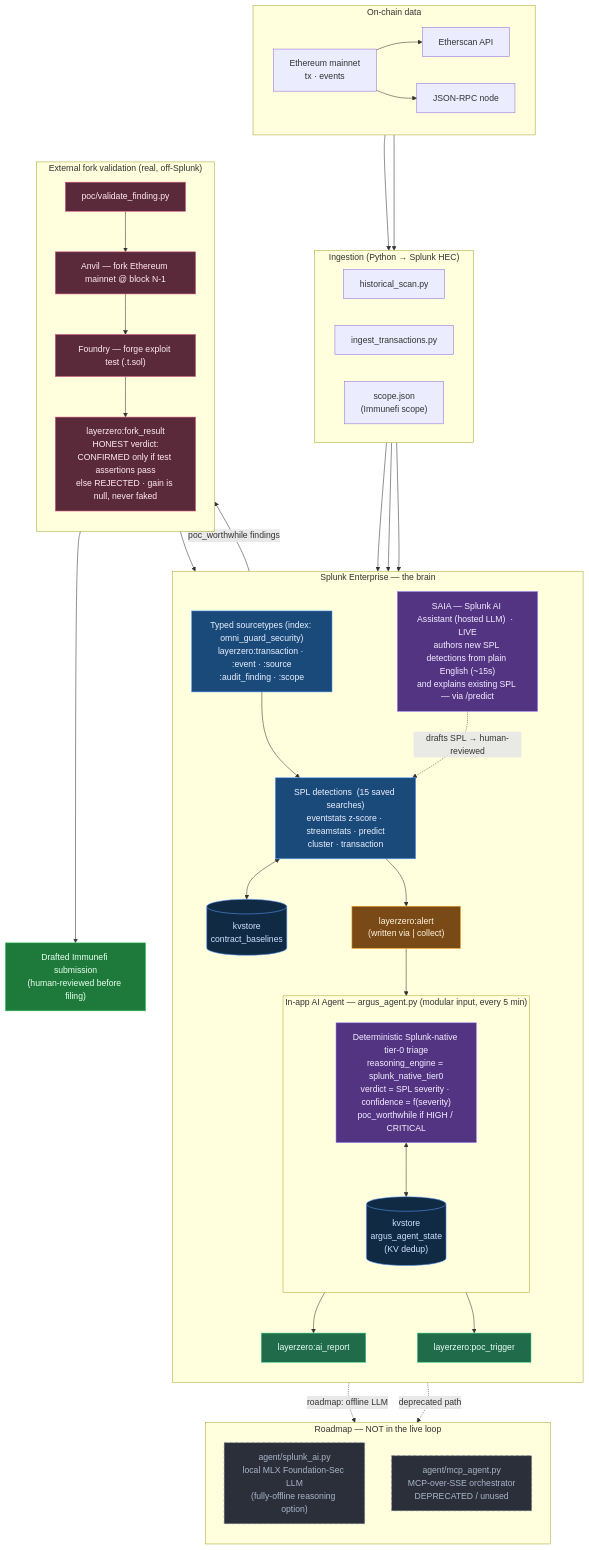
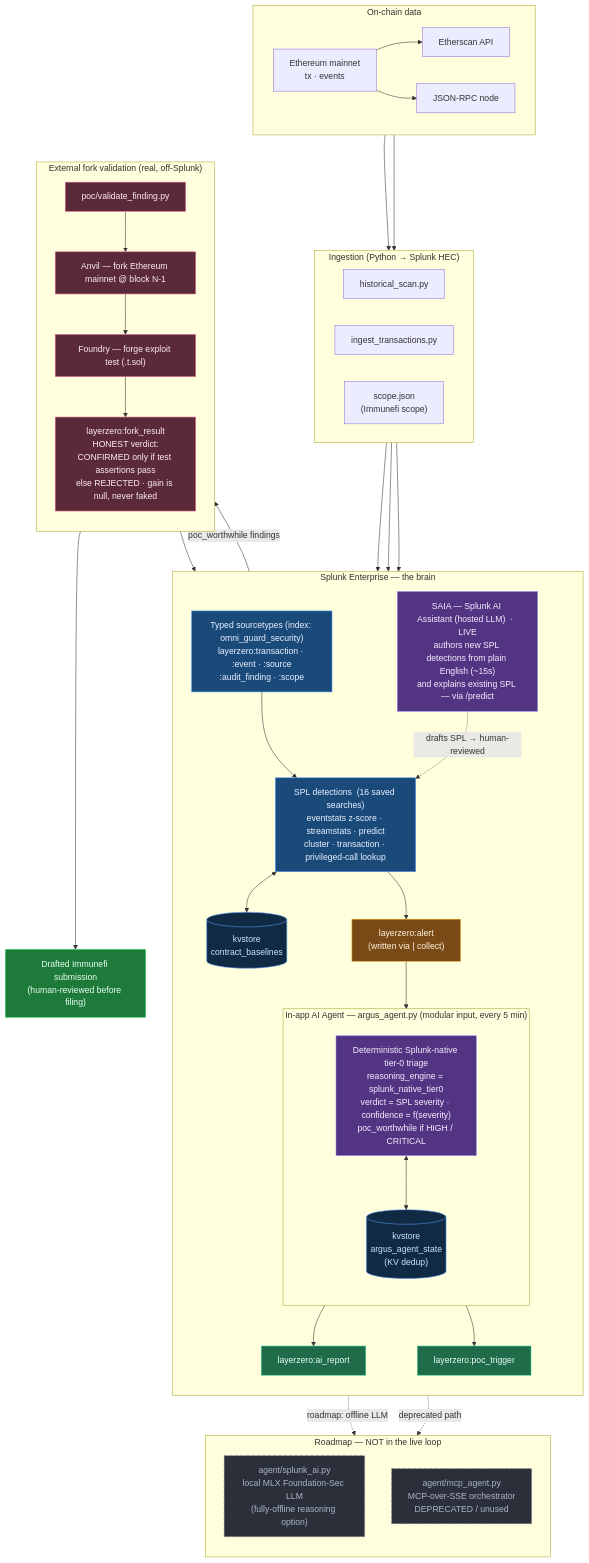
Before and after one commit to Alexander-Sorrell-IT/argus: the first of 2 diagrams in ARCHITECTURE.md, drawn with Mermaid. The commit also changed 6 other files, not shown here.

First line of the commit message:
B2: mechanism-aware privileged-call detection (catches the access-control class z-scores miss)

```diff
--- a/ARCHITECTURE.md
+++ b/ARCHITECTURE.md
@@ -47,7 +47,7 @@
   subgraph SPLUNK["Splunk Enterprise  —  the brain"]
     direction TB
     ST["Typed sourcetypes (index: omni_guard_security)<br/>layerzero:transaction · :event · :source<br/>:audit_finding · :scope"]
-    DET["SPL detections  (15 saved searches)<br/>eventstats z-score · streamstats · predict<br/>cluster · transaction"]
+    DET["SPL detections  (16 saved searches)<br/>eventstats z-score · streamstats · predict<br/>cluster · transaction · privileged-call lookup"]
     KVB[("kvstore<br/>contract_baselines")]
     ALERT["layerzero:alert<br/>(written via | collect)"]
 
```
